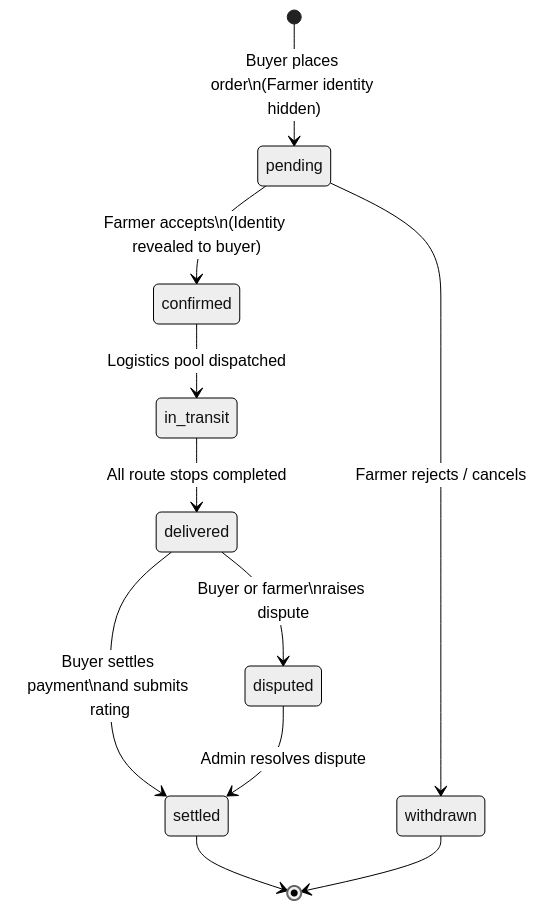
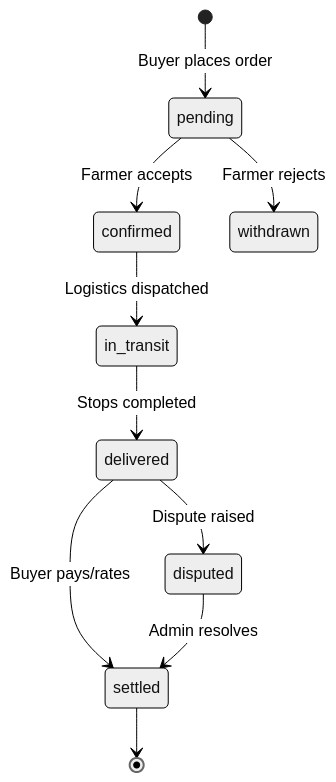
The fourth of 4 diagrams in README.md (cressica18/SIH2026_MVP), drawn with Mermaid (neutral theme) before and after one commit. The commit also changed other lines of this file, not shown here.

````diff
--- a/README.md
+++ b/README.md
@@ -533,13 +122,12 @@
 ```mermaid
 stateDiagram-v2
-    [*] --> pending : Buyer places order\n(Farmer identity hidden)
-    pending --> confirmed : Farmer accepts\n(Identity revealed to buyer)
-    pending --> withdrawn : Farmer rejects / cancels
-    confirmed --> in_transit : Logistics pool dispatched
-    in_transit --> delivered : All route stops completed
-    delivered --> settled : Buyer settles payment\nand submits rating
-    delivered --> disputed : Buyer or farmer\nraises dispute
-    disputed --> settled : Admin resolves dispute
+    [*] --> pending : Buyer places order
+    pending --> confirmed : Farmer accepts
+    pending --> withdrawn : Farmer rejects
+    confirmed --> in_transit : Logistics dispatched
+    in_transit --> delivered : Stops completed
+    delivered --> settled : Buyer pays/rates
+    delivered --> disputed : Dispute raised
+    disputed --> settled : Admin resolves
     settled --> [*]
-    withdrawn --> [*]
 ```
````
